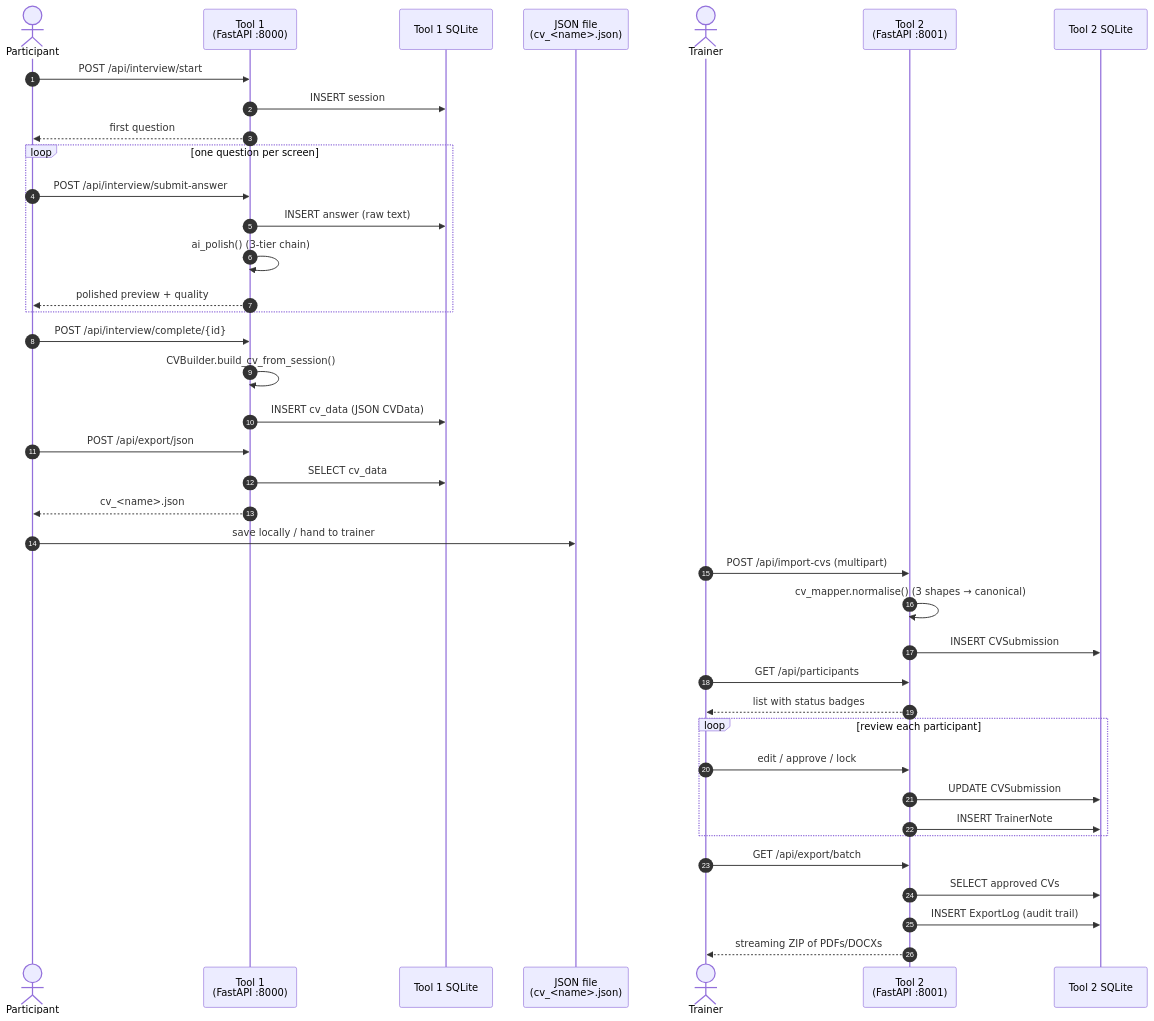
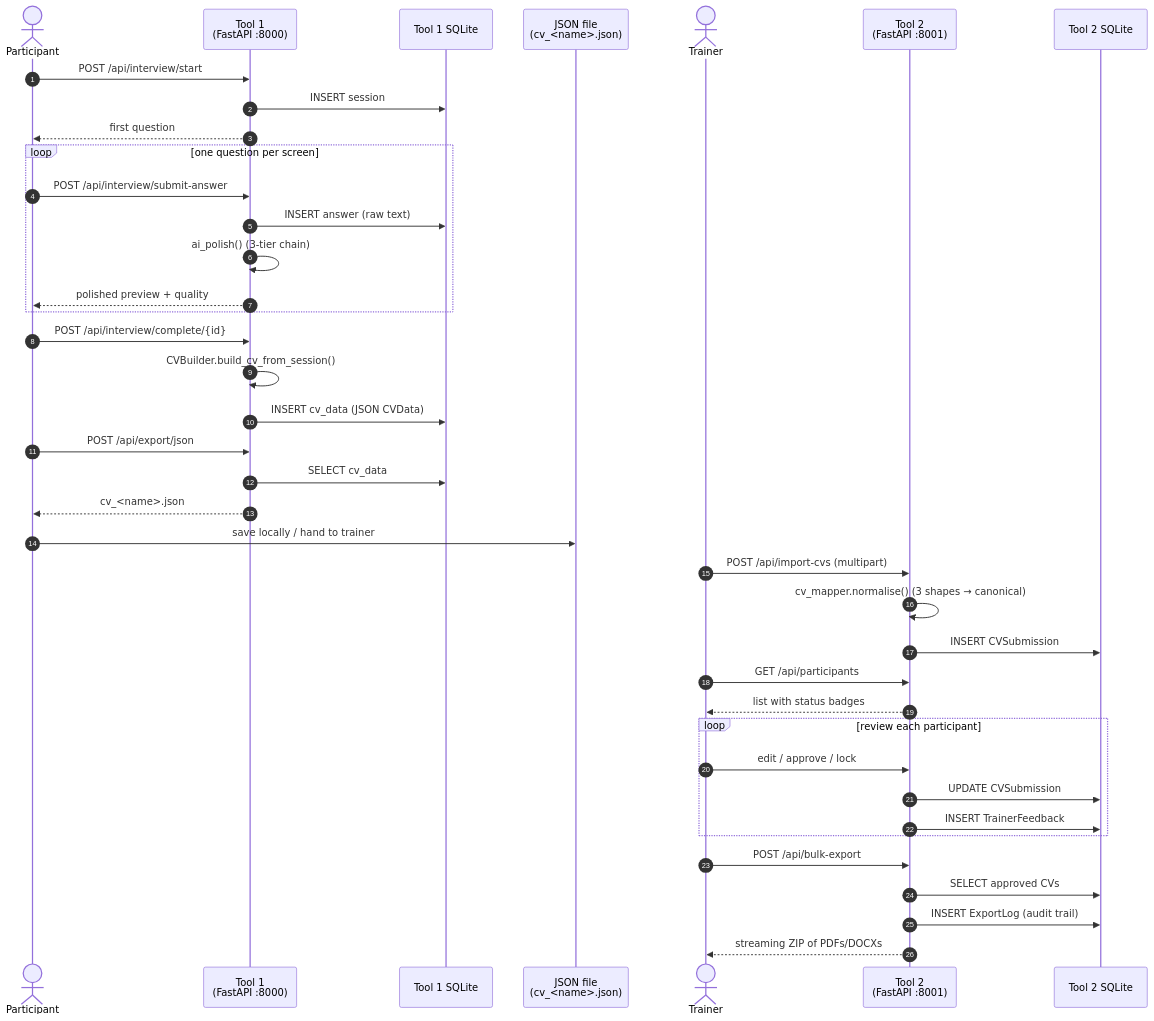
The first of 2 diagrams in ARCHITECTURE.md (PapaKoftes/AMS-JobAssist), drawn with Mermaid before and after one commit. The commit also changed other lines of this file and 8 other files, not shown here.

````diff
--- a/ARCHITECTURE.md
+++ b/ARCHITECTURE.md
@@ -152,48 +151,48 @@
 ```mermaid
 sequenceDiagram
     autonumber
     actor P as Participant
     participant T1 as Tool 1<br/>(FastAPI :8000)
     participant DB1 as Tool 1 SQLite
     participant FS as JSON file<br/>(cv_<name>.json)
     actor TR as Trainer
     participant T2 as Tool 2<br/>(FastAPI :8001)
     participant DB2 as Tool 2 SQLite
 
     P->>T1: POST /api/interview/start
     T1->>DB1: INSERT session
     T1-->>P: first question
 
     loop one question per screen
         P->>T1: POST /api/interview/submit-answer
         T1->>DB1: INSERT answer (raw text)
         T1->>T1: ai_polish() (3-tier chain)
         T1-->>P: polished preview + quality
     end
 
     P->>T1: POST /api/interview/complete/{id}
     T1->>T1: CVBuilder.build_cv_from_session()
     T1->>DB1: INSERT cv_data (JSON CVData)
 
     P->>T1: POST /api/export/json
     T1->>DB1: SELECT cv_data
     T1-->>P: cv_<name>.json
     P->>FS: save locally / hand to trainer
 
     TR->>T2: POST /api/import-cvs (multipart)
     T2->>T2: cv_mapper.normalise() (3 shapes → canonical)
     T2->>DB2: INSERT CVSubmission
     TR->>T2: GET /api/participants
     T2-->>TR: list with status badges
 
     loop review each participant
         TR->>T2: edit / approve / lock
         T2->>DB2: UPDATE CVSubmission
-        T2->>DB2: INSERT TrainerNote
+        T2->>DB2: INSERT TrainerFeedback
     end
 
-    TR->>T2: GET /api/export/batch
+    TR->>T2: POST /api/bulk-export
     T2->>DB2: SELECT approved CVs
     T2->>DB2: INSERT ExportLog (audit trail)
     T2-->>TR: streaming ZIP of PDFs/DOCXs
 ```
````
